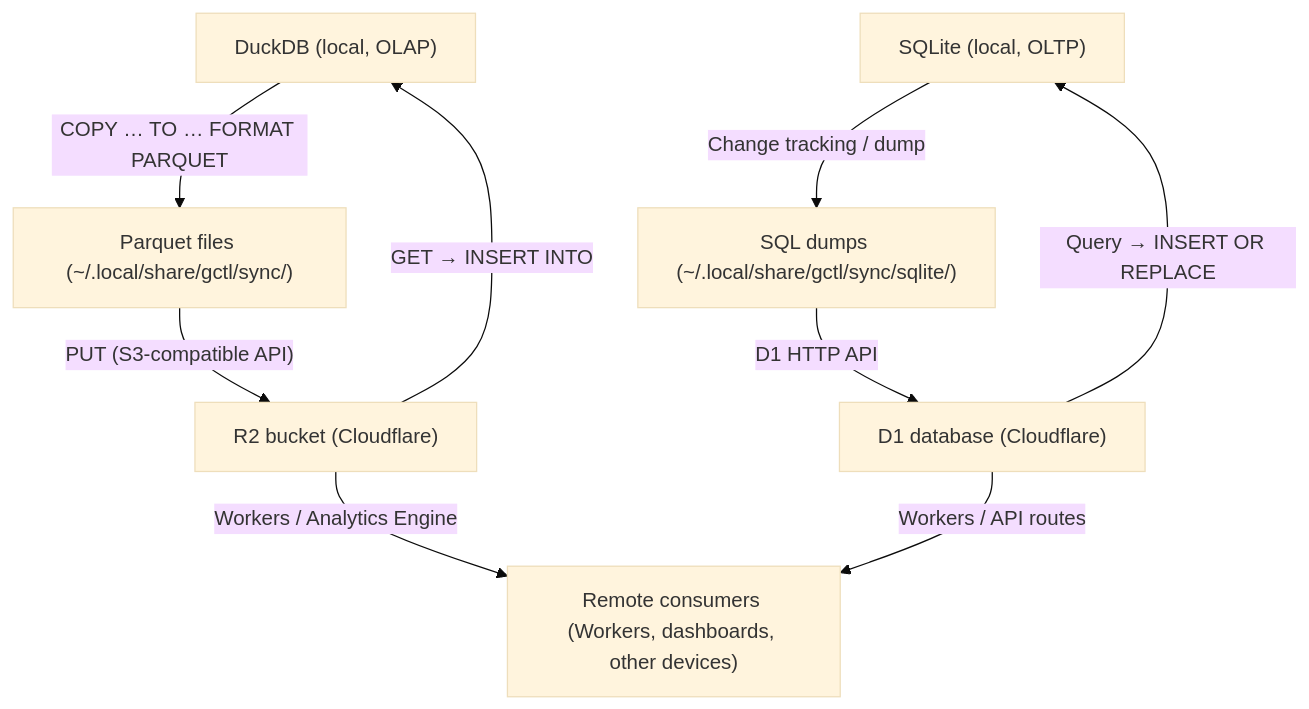
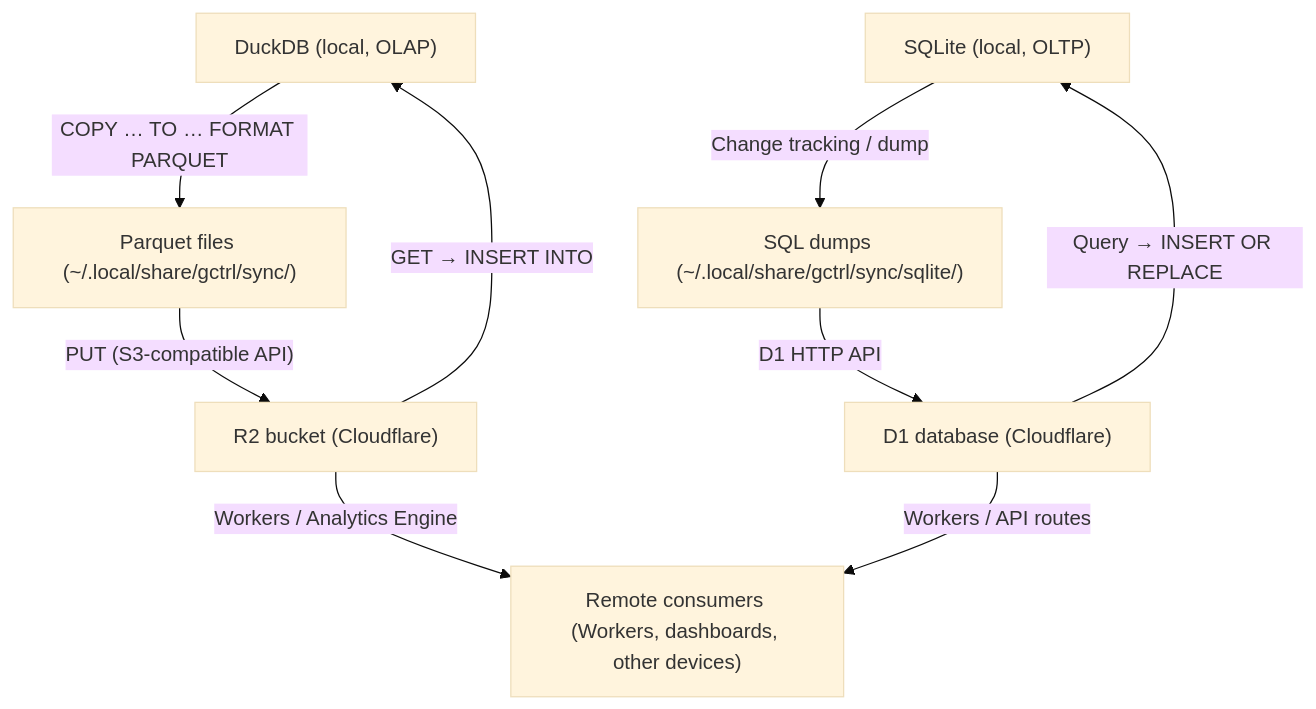
One commit to OpenHackersClub/gctrl changed the diagram in specs/architecture/kernel/sync.md. Above: the diagram before and after it, drawn with Mermaid (base theme). The commit also changed other lines of this file and 360 other files, not shown here.

First line of the commit message:
refactor: rename brand gctl → gctrl across repo

````diff
--- a/specs/architecture/kernel/sync.md
+++ b/specs/architecture/kernel/sync.md
@@ -17,21 +17,21 @@
 ```mermaid
 flowchart TD
     DuckDB["DuckDB (local, OLAP)"]
     SQLite["SQLite (local, OLTP)"]
-    StagingParquet["Parquet files (~/.local/share/gctl/sync/)"]
-    StagingSQL["SQL dumps (~/.local/share/gctl/sync/sqlite/)"]
+    StagingParquet["Parquet files (~/.local/share/gctrl/sync/)"]
+    StagingSQL["SQL dumps (~/.local/share/gctrl/sync/sqlite/)"]
     R2["R2 bucket (Cloudflare)"]
     D1["D1 database (Cloudflare)"]
     Consumers["Remote consumers (Workers, dashboards, other devices)"]
 
     DuckDB -->|"COPY … TO … FORMAT PARQUET"| StagingParquet
     StagingParquet -->|"PUT (S3-compatible API)"| R2
     R2 -->|"GET → INSERT INTO"| DuckDB
 
     SQLite -->|"Change tracking / dump"| StagingSQL
     StagingSQL -->|"D1 HTTP API"| D1
     D1 -->|"Query → INSERT OR REPLACE"| SQLite
 
     R2 -->|"Workers / Analytics Engine"| Consumers
     D1 -->|"Workers / API routes"| Consumers
 ```
````
